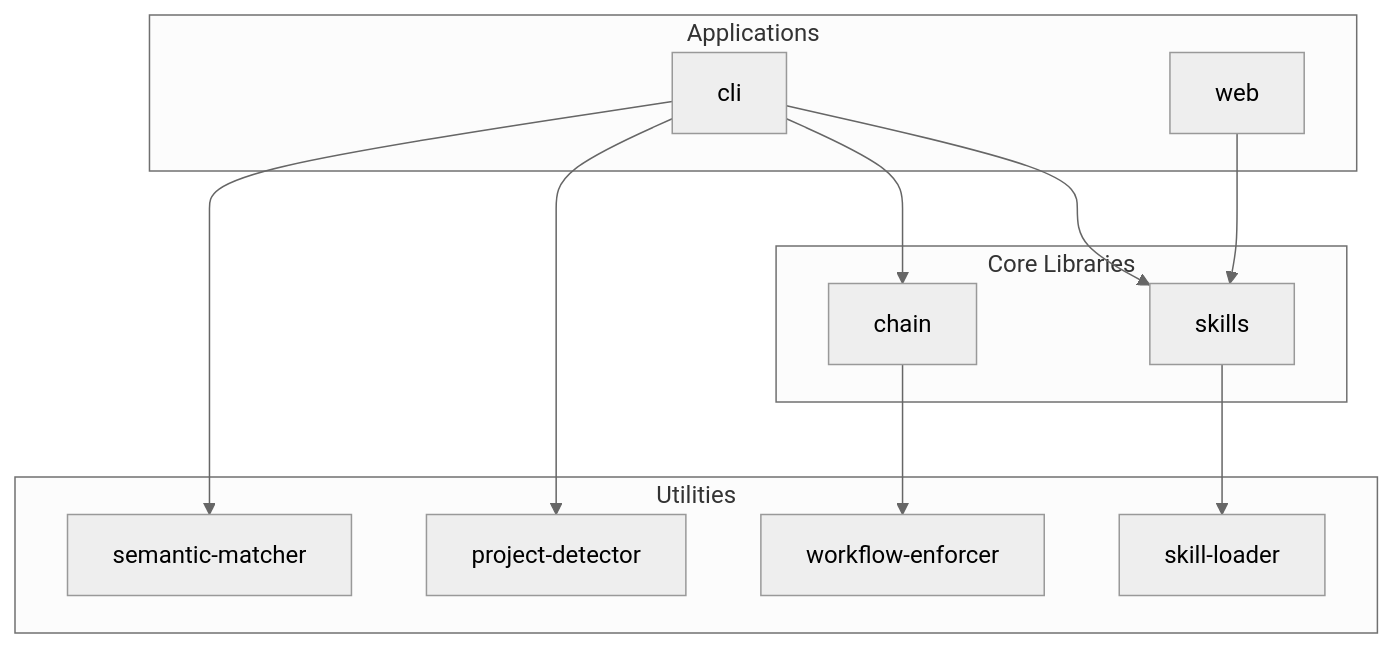
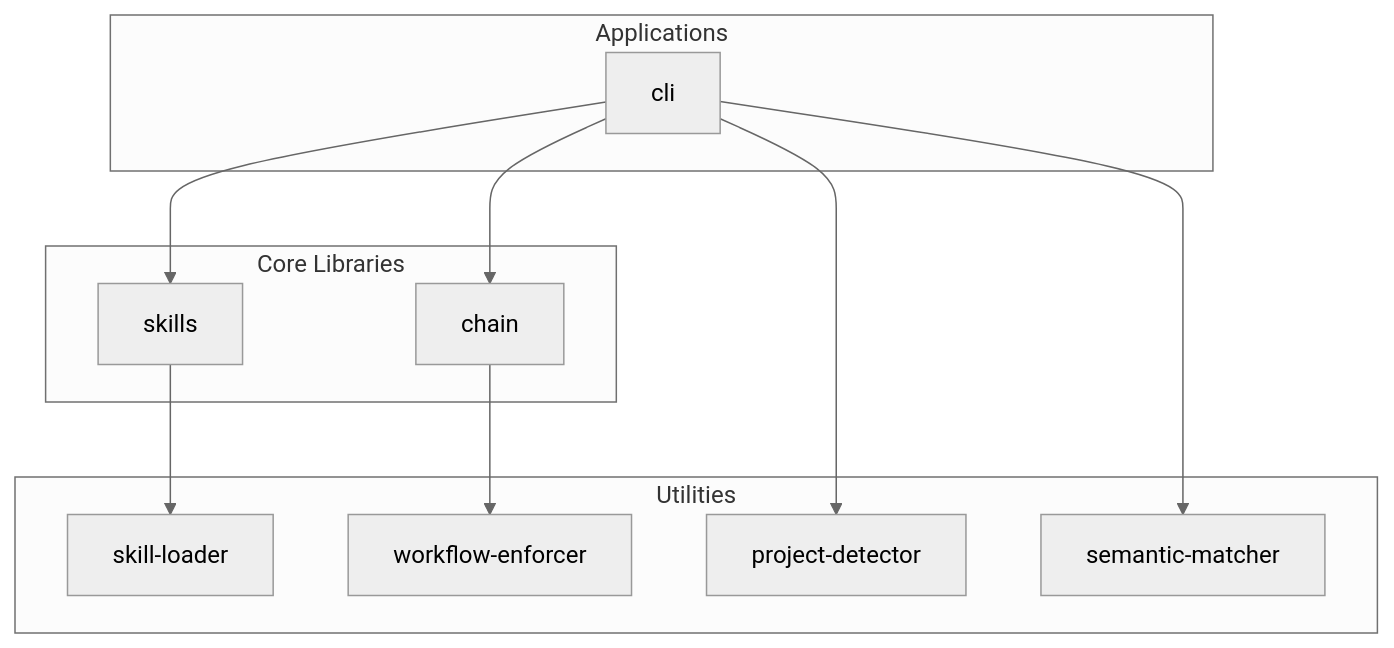
The diagram in README.md (4meta5/skills), drawn with Mermaid (neutral theme) before and after one commit. The commit also changed other lines of this file and 145 other files, not shown here.

````diff
--- a/README.md
+++ b/README.md
@@ -77,27 +77,25 @@
 ```mermaid
 graph TD
     subgraph "Applications"
         CLI[cli]
-        WEB[web]
     end
 
     subgraph "Core Libraries"
         SKILLS[skills]
         CHAIN[chain]
     end
 
     subgraph "Utilities"
         LOADER[skill-loader]
         DETECTOR[project-detector]
         MATCHER[semantic-matcher]
         ENFORCER[workflow-enforcer]
     end
 
     CLI --> SKILLS
     CLI --> CHAIN
     CLI --> DETECTOR
     CLI --> MATCHER
-    WEB --> SKILLS
     SKILLS --> LOADER
     CHAIN --> ENFORCER
 ```
````
